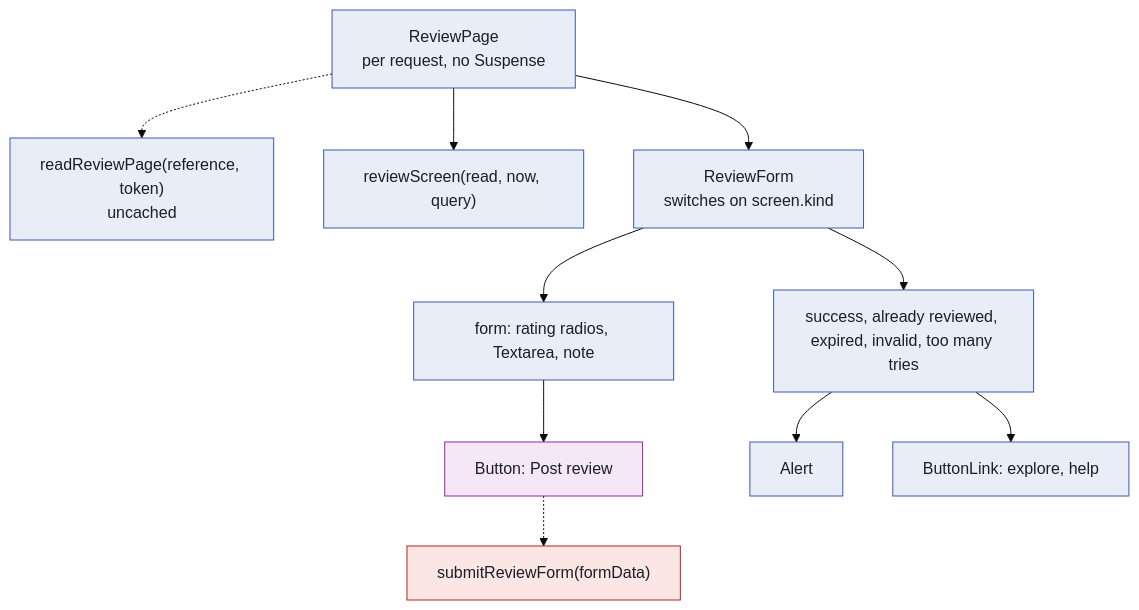
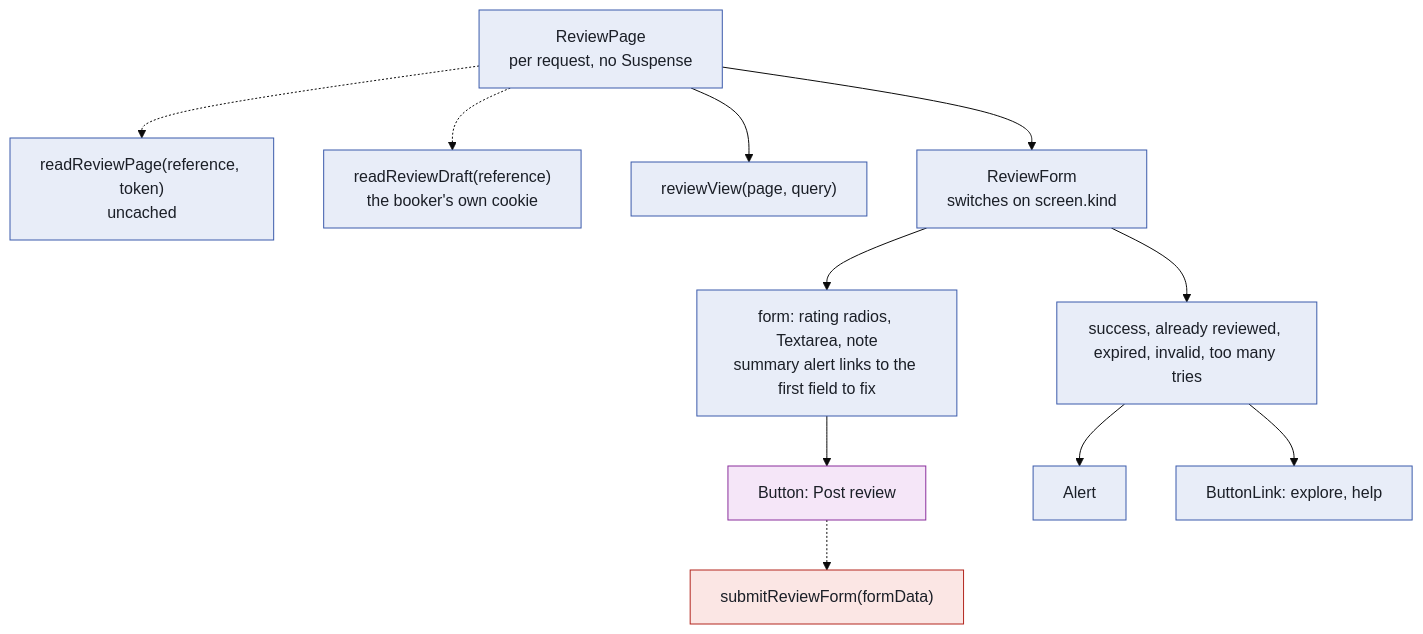
Before and after one commit to defaultdave/ramble: the fourth of 4 diagrams in src/app/(checkout)/(site)/README.md, drawn with Mermaid (base theme). The commit also changed other lines of this file and 40 other files, not shown here.

````diff
--- a/src/app/(checkout)/(site)/README.md
+++ b/src/app/(checkout)/(site)/README.md
@@ -209,30 +209,32 @@
 ```mermaid
 flowchart TD
   classDef server fill:#e8edf8,stroke:#3b5bab,color:#1b1f27
   classDef cached fill:#e2f3f0,stroke:#0f7a6c,color:#1b1f27
   classDef streamed fill:#fbefdc,stroke:#a3610a,color:#1b1f27
   classDef client fill:#f5e6f8,stroke:#8a2f9c,color:#1b1f27
   classDef action fill:#fbe6e4,stroke:#b3261e,color:#1b1f27
 
   P["ReviewPage<br/>per request, no Suspense"]:::server
   RR["readReviewPage(reference, token)<br/>uncached"]:::server
-  RS["reviewScreen(read, now, query)"]:::server
+  RD["readReviewDraft(reference)<br/>the booker's own cookie"]:::server
+  RS["reviewView(page, query)"]:::server
   RF["ReviewForm<br/>switches on screen.kind"]:::server
 
-  FM["form: rating radios, Textarea, note"]:::server
+  FM["form: rating radios, Textarea, note<br/>summary alert links to the first field to fix"]:::server
   BT["Button: Post review"]:::client
   SR["submitReviewForm(formData)"]:::action
   ST["success, already reviewed, expired, invalid, too many tries"]:::server
   AL[Alert]:::server
   BL["ButtonLink: explore, help"]:::server
 
   P -.-> RR
+  P -.-> RD
   P --> RS
   P --> RF
   RF --> FM
   FM --> BT
   BT -.-> SR
   RF --> ST
   ST --> AL
   ST --> BL
 ```
````
